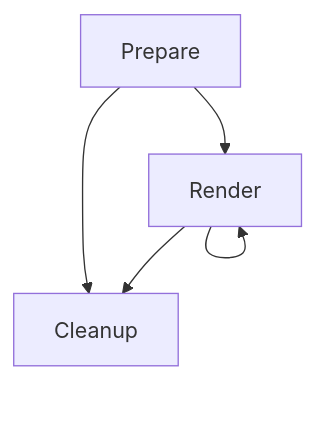
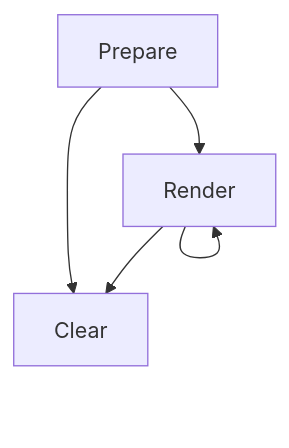
The first of 2 diagrams in ARCHITECTURE.md (erdos/stencil), drawn with Mermaid before and after one commit. The commit also changed other lines of this file, not shown here.

````diff
--- a/ARCHITECTURE.md
+++ b/ARCHITECTURE.md
@@ -6,6 +6,6 @@
 ```mermaid
 flowchart TB
-   Prepare --> Render --> Cleanup
+   Prepare --> Render --> Clear
    Render --> Render
-   Prepare --> Cleanup
+   Prepare --> Clear
 ```
````
